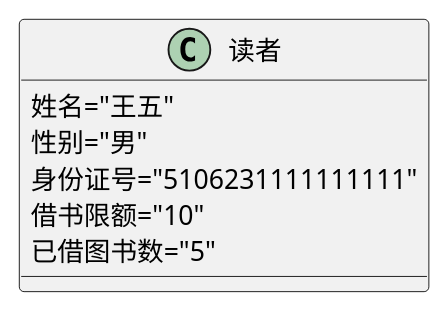
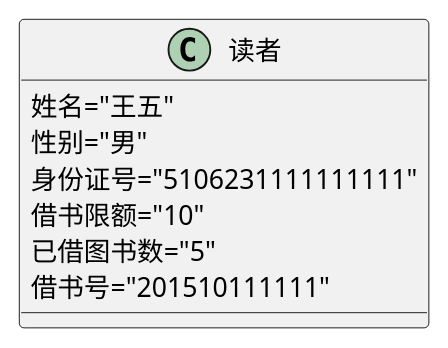
Before and after one commit to yuhang456/is_analysis: the fifth of 8 diagrams in test3/README.md, drawn with PlantUML. The commit also changed other lines of this file and 18 other files, not shown here.

```diff
--- a/test3/README.md
+++ b/test3/README.md
@@ -135,9 +140,10 @@
     @startuml
     Class 读者{
     姓名="王五"
     性别="男"
     身份证号="5106231111111111"
     借书限额="10"
     已借图书数="5"
+    借书号="201510111111"
     }
     @enduml
```
